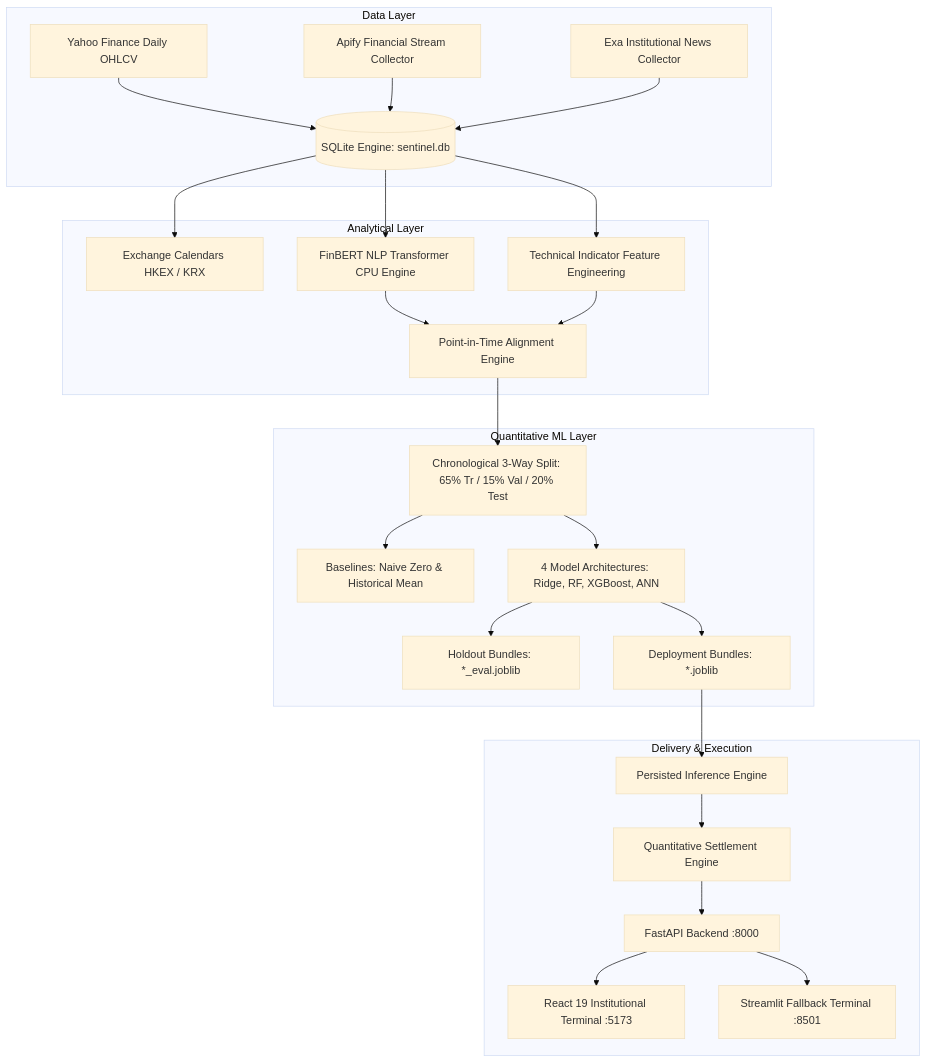
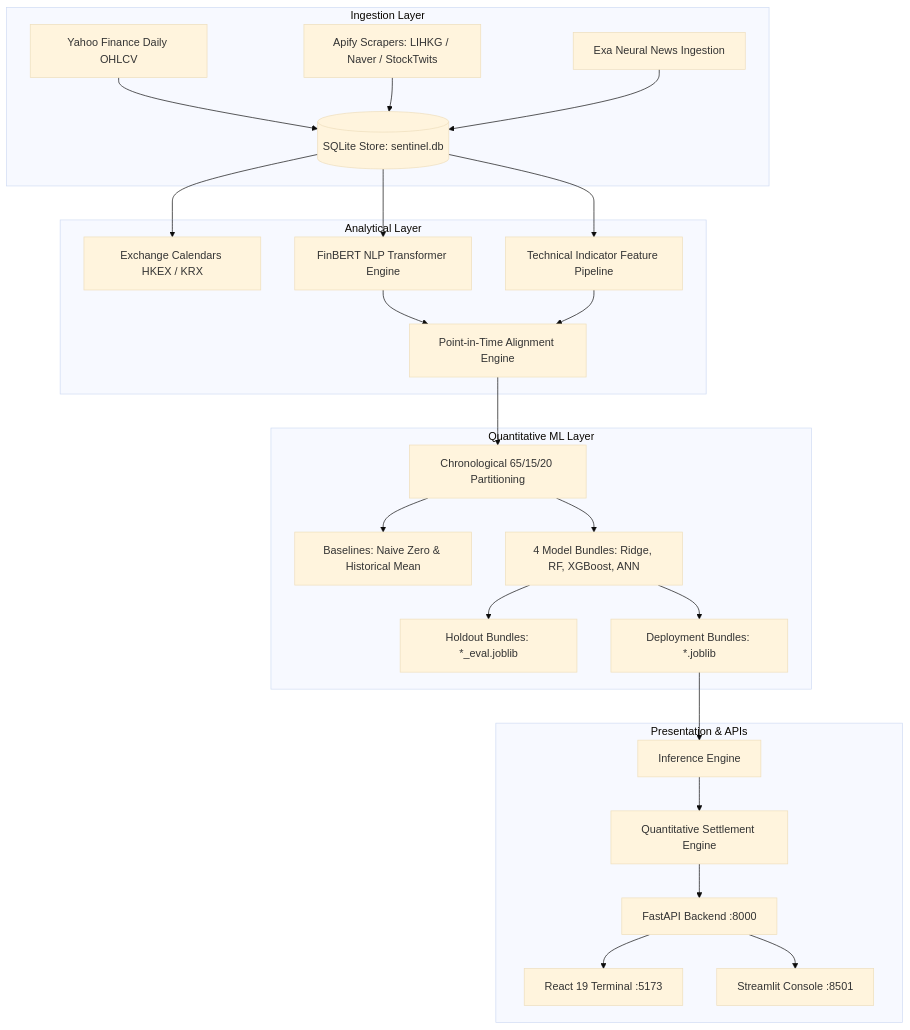
One commit to Devansh-Vermaji1374/SENTINEL.AI changed the diagram in README.md. Above: the diagram before and after it, drawn with Mermaid (base theme). The commit also changed other lines of this file and 2 other files, not shown here.

````diff
--- a/README.md
+++ b/README.md
@@ -19,32 +29,32 @@
 ```mermaid
 flowchart TD
-    subgraph Data Layer
-        YF[Yahoo Finance Daily OHLCV] --> DB[(SQLite Engine: sentinel.db)]
-        AP[Apify Financial Stream Collector] --> DB
-        EX[Exa Institutional News Collector] --> DB
+    subgraph Ingestion Layer
+        YF[Yahoo Finance Daily OHLCV] --> DB[(SQLite Store: sentinel.db)]
+        AP[Apify Scrapers: LIHKG / Naver / StockTwits] --> DB
+        EX[Exa Neural News Ingestion] --> DB
     end
 
     subgraph Analytical Layer
         DB --> EC[Exchange Calendars HKEX / KRX]
-        DB --> FB[FinBERT NLP Transformer CPU Engine]
-        DB --> FE[Technical Indicator Feature Engineering]
+        DB --> FB[FinBERT NLP Transformer Engine]
+        DB --> FE[Technical Indicator Feature Pipeline]
         FB --> PIT[Point-in-Time Alignment Engine]
         FE --> PIT
     end
 
     subgraph Quantitative ML Layer
-        PIT --> CV[Chronological 3-Way Split: 65% Tr / 15% Val / 20% Test]
+        PIT --> CV[Chronological 65/15/20 Partitioning]
         CV --> BL[Baselines: Naive Zero & Historical Mean]
-        CV --> TR[4 Model Architectures: Ridge, RF, XGBoost, ANN]
+        CV --> TR[4 Model Bundles: Ridge, RF, XGBoost, ANN]
         TR --> EV[Holdout Bundles: *_eval.joblib]
         TR --> DE[Deployment Bundles: *.joblib]
     end
 
-    subgraph Delivery & Execution
-        DE --> INF[Persisted Inference Engine]
+    subgraph Presentation & APIs
+        DE --> INF[Inference Engine]
         INF --> SETTLE[Quantitative Settlement Engine]
         SETTLE --> API[FastAPI Backend :8000]
-        API --> UI[React 19 Institutional Terminal :5173]
-        API --> ST[Streamlit Fallback Terminal :8501]
+        API --> UI[React 19 Terminal :5173]
+        API --> ST[Streamlit Console :8501]
     end
 ```
````
